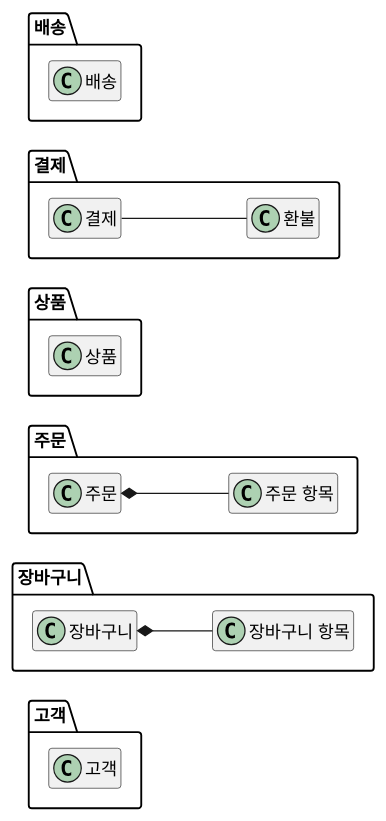
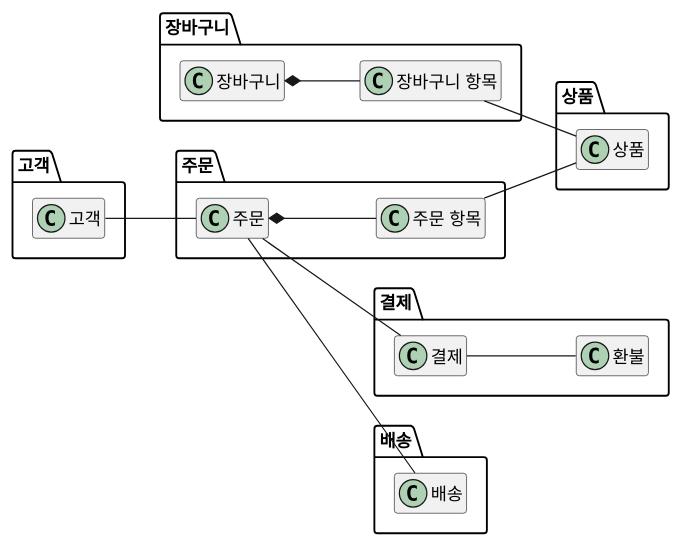
One commit to YoungSan77/TrainingMaterials changed the fourth of 17 diagrams in courses/ooad/sessions/s05.md. Above: the diagram before and after it, drawn with PlantUML. The commit also changed other lines of this file and 154 other files, not shown here.

````diff
--- a/courses/ooad/sessions/s05.md
+++ b/courses/ooad/sessions/s05.md
@@ -407,30 +294,35 @@
-```plantuml:package
+```plantuml:class
 @startuml
 hide empty members
 left to right direction
-package "고객" {
-  class "고객" as Customer
-}
 package "장바구니" {
   class "장바구니" as Cart
   class "장바구니 항목" as CartItem
 }
 package "주문" {
   class "주문" as Order
   class "주문 항목" as OrderItem
 }
-package "상품" {
-  class "상품" as Product
-}
 package "결제" {
   class "결제" as Payment
   class "환불" as Refund
 }
 package "배송" {
   class "배송" as Delivery
 }
+package "상품" {
+  class "상품" as Product
+}
+package "고객" {
+  class "고객" as Customer
+}
 Cart *-- CartItem
 Order *-- OrderItem
 Payment -- Refund
+Customer -- Order
+CartItem -- Product
+OrderItem -- Product
+Order -- Payment
+Order -- Delivery
 @enduml
 ```
````
